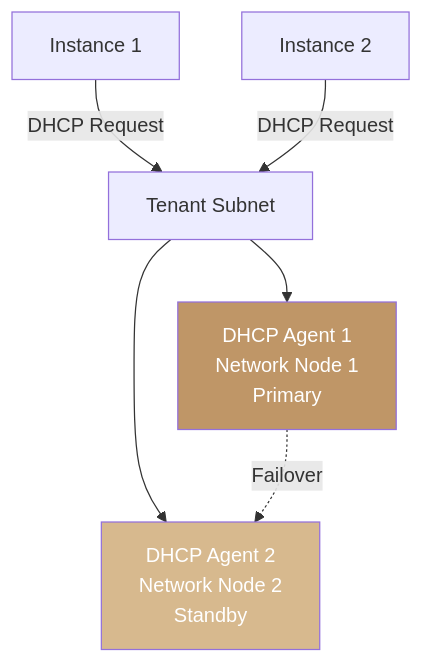
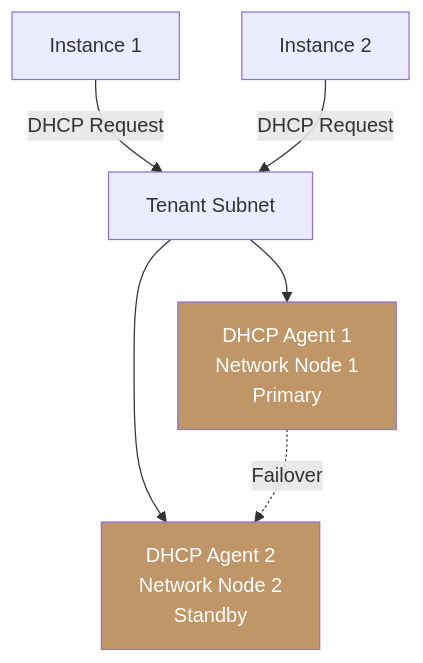
Before and after one commit to ankur-kumar87/docs-polystack: the diagram in services/networking/dhcp.mdx, drawn with Mermaid. The commit also changed 186 other files, not shown here.

````diff
--- a/services/networking/dhcp.mdx
+++ b/services/networking/dhcp.mdx
@@ -97,10 +97,10 @@
 ```mermaid
 graph TD
     SUBNET[Tenant Subnet] --> AGENT1[DHCP Agent 1<br/>Network Node 1<br/>Primary]
     SUBNET --> AGENT2[DHCP Agent 2<br/>Network Node 2<br/>Standby]
     INST1[Instance 1] -->|DHCP Request| SUBNET
     INST2[Instance 2] -->|DHCP Request| SUBNET
     AGENT1 -.->|Failover| AGENT2
     style AGENT1 fill:#bf9667,color:#fff
-    style AGENT2 fill:#d7b98e,color:#fff
+    style AGENT2 fill:#bf9667,color:#fff
 ```
````
